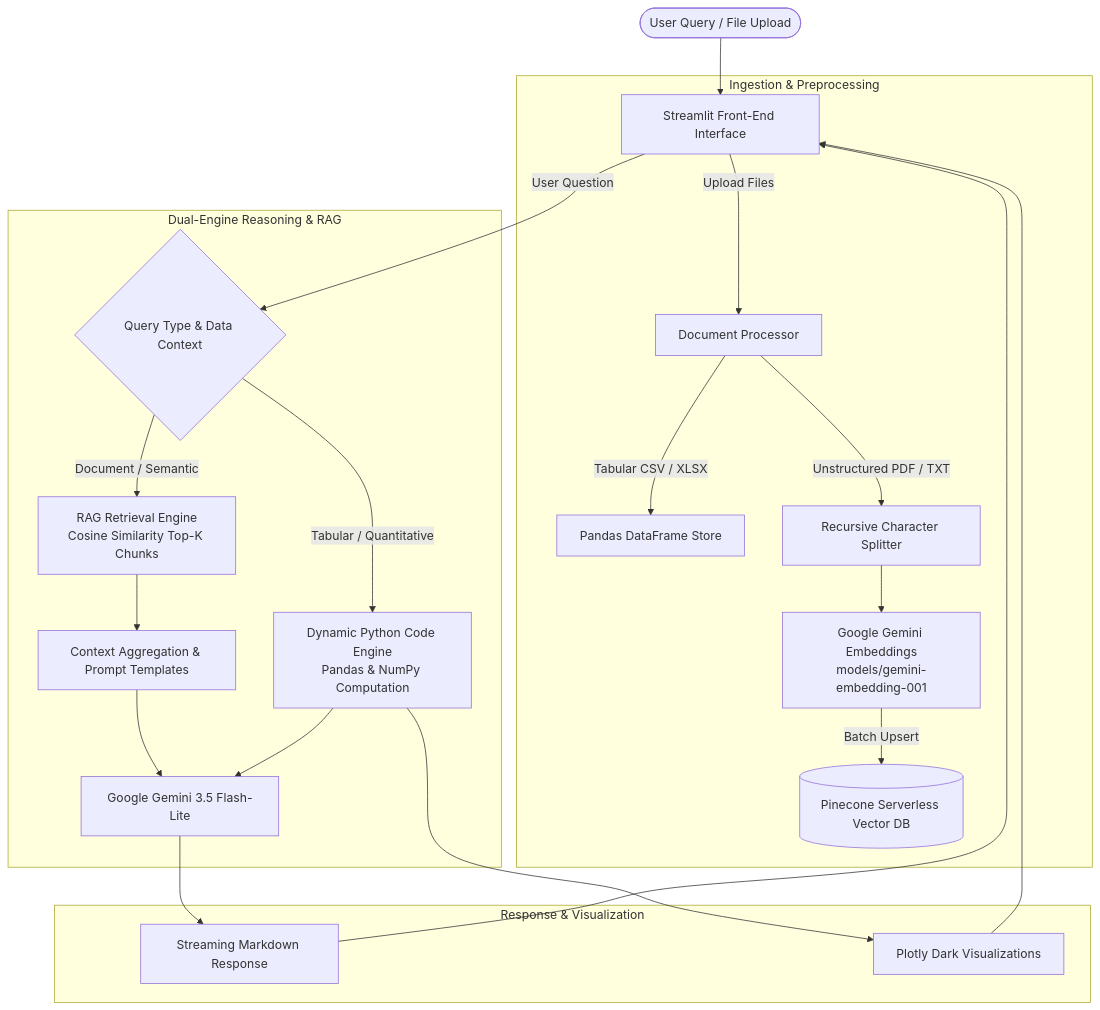
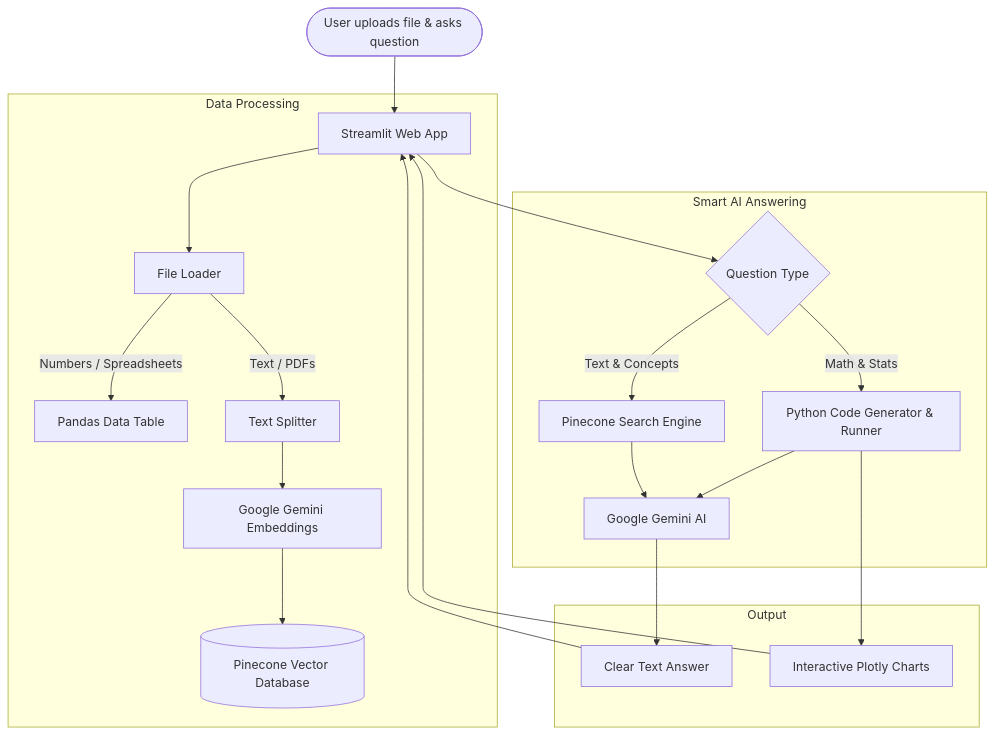
The diagram in README.md (sonawanewdinesh18/DataSense-AI), drawn with Mermaid before and after one commit. The commit also changed other lines of this file, not shown here.

Commit message:
docs: simplify README with clear and easy-to-read explanations of project problem, solution, and architecture

````diff
--- a/README.md
+++ b/README.md
@@ -35,29 +36,28 @@
 ```mermaid
 graph TD
-    User([User Query / File Upload]) --> UI[Streamlit Front-End Interface]
+    User([User uploads file & asks question]) --> UI[Streamlit Web App]
     
-    subgraph Ingestion & Preprocessing
-        UI -->|Upload Files| DP[Document Processor]
-        DP -->|Tabular CSV / XLSX| DF[Pandas DataFrame Store]
-        DP -->|Unstructured PDF / TXT| Chunker[Recursive Character Splitter]
-        Chunker --> Embedder[Google Gemini Embeddings<br/>models/gemini-embedding-001]
-        Embedder -->|Batch Upsert| PC[(Pinecone Serverless Vector DB)]
+    subgraph Data Processing
+        UI --> DP[File Loader]
+        DP -->|Numbers / Spreadsheets| DF[Pandas Data Table]
+        DP -->|Text / PDFs| Chunks[Text Splitter]
+        Chunks --> Embed[Google Gemini Embeddings]
+        Embed --> Pinecone[(Pinecone Vector Database)]
     end
 
-    subgraph Dual-Engine Reasoning & RAG
-        UI -->|User Question| Router{Query Type & Data Context}
-        Router -->|Tabular / Quantitative| DE[Dynamic Python Code Engine<br/>Pandas & NumPy Computation]
-        Router -->|Document / Semantic| RE[RAG Retrieval Engine<br/>Cosine Similarity Top-K Chunks]
+    subgraph Smart AI Answering
+        UI --> Router{Question Type}
+        Router -->|Math & Stats| PythonEngine[Python Code Generator & Runner]
+        Router -->|Text & Concepts| SearchEngine[Pinecone Search Engine]
         
-        RE --> ContextAggregator[Context Aggregation & Prompt Templates]
-        ContextAggregator --> LLM[Google Gemini 3.5 Flash-Lite]
-        DE --> LLM
+        SearchEngine --> Gemini[Google Gemini AI]
+        PythonEngine --> Gemini
     end
 
-    subgraph Response & Visualization
-        LLM --> Streamer[Streaming Markdown Response]
-        DE --> PlotlyEngine[Plotly Dark Visualizations]
-        Streamer --> UI
-        PlotlyEngine --> UI
+    subgraph Output
+        Gemini --> Answer[Clear Text Answer]
+        PythonEngine --> Charts[Interactive Plotly Charts]
+        Answer --> UI
+        Charts --> UI
     end
 ```
````
